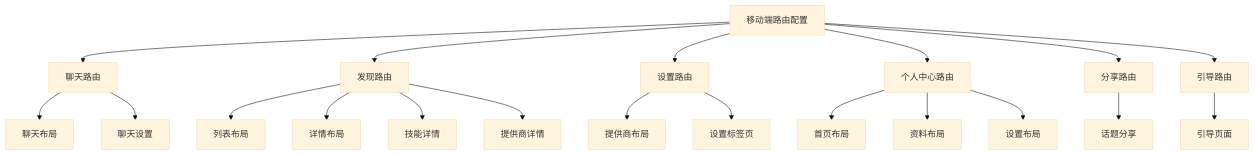
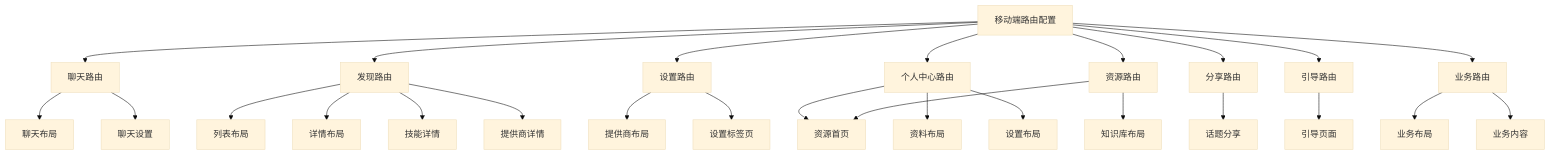
Before and after one commit to AvatoLabs/avato: the second of 12 diagrams in .qoder/repowiki/zh/content/API 接口文档/tRPC 接口规范/移动端路由模块.md, drawn with Mermaid (base theme). The commit also changed other lines of this file and 26 other files, not shown here.

````diff
--- a/.qoder/repowiki/zh/content/API 接口文档/tRPC 接口规范/移动端路由模块.md
+++ b/.qoder/repowiki/zh/content/API 接口文档/tRPC 接口规范/移动端路由模块.md
@@ -100,22 +104,28 @@
 ```mermaid
 flowchart TD
 MobileRoutes[移动端路由配置] --> ChatRoutes[聊天路由]
 MobileRoutes --> DiscoverRoutes[发现路由]
 MobileRoutes --> SettingsRoutes[设置路由]
 MobileRoutes --> MeRoutes[个人中心路由]
+MobileRoutes --> ResourceRoutes[资源路由]
 MobileRoutes --> ShareRoutes[分享路由]
 MobileRoutes --> OnboardingRoutes[引导路由]
+MobileRoutes --> BusinessRoutes[业务路由]
 ChatRoutes --> ChatLayout[聊天布局]
 ChatRoutes --> ChatSettings[聊天设置]
 DiscoverRoutes --> ListLayout[列表布局]
 DiscoverRoutes --> DetailLayout[详情布局]
 DiscoverRoutes --> SkillDetail[技能详情]
 DiscoverRoutes --> ProviderDetail[提供商详情]
 SettingsRoutes --> ProviderLayout[提供商布局]
 SettingsRoutes --> SettingsTabs[设置标签页]
 MeRoutes --> HomeLayout[首页布局]
 MeRoutes --> ProfileLayout[资料布局]
 MeRoutes --> SettingsLayout[设置布局]
+ResourceRoutes --> HomeLayout[资源首页]
+ResourceRoutes --> LibraryLayout[知识库布局]
 ShareRoutes --> TopicShare[话题分享]
 OnboardingRoutes --> OnboardingPage[引导页面]
+BusinessRoutes --> BusinessLayout[业务布局]
+BusinessRoutes --> BusinessContent[业务内容]
 ```
````
